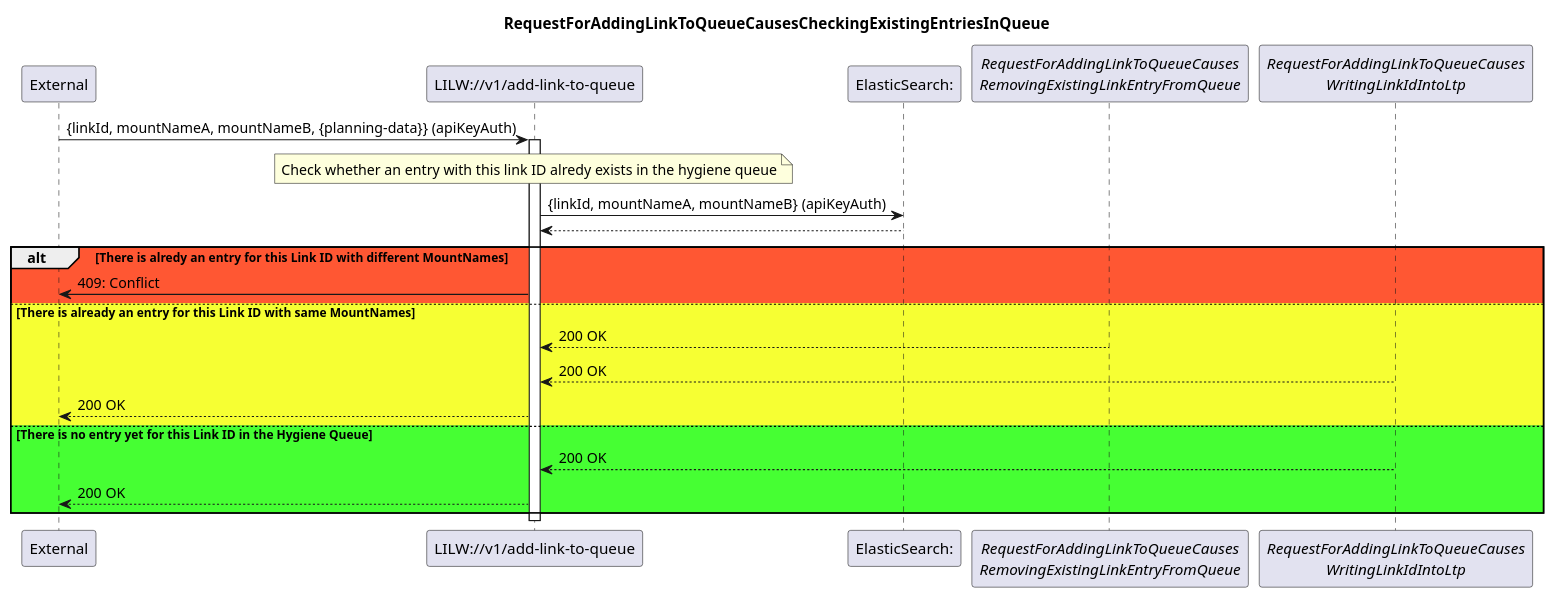
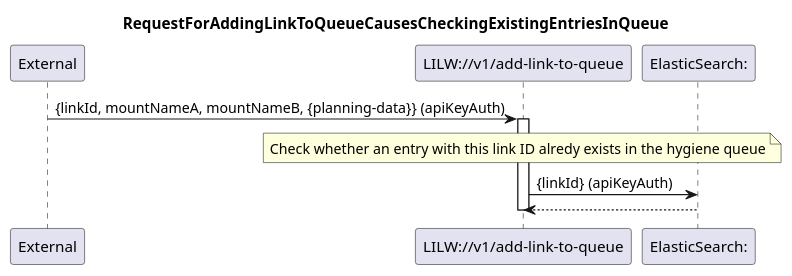
One commit to openBackhaul/LinkIdIntoLtpWriter changed the diagram in spec/Diagrams/AddLinkToQueue/020_CheckingExistingEntriesInQueue.plantuml. Above: the diagram before and after it, drawn with PlantUML. The commit also changed 18 other files, not shown here.

Commit message:
Update and add diagrams

```diff
--- a/spec/Diagrams/AddLinkToQueue/020_CheckingExistingEntriesInQueue.plantuml
+++ b/spec/Diagrams/AddLinkToQueue/020_CheckingExistingEntriesInQueue.plantuml
@@ -1,39 +1,22 @@
 @startuml 020_CheckingExistingEntriesInQueue
 skinparam responseMessageBelowArrow true
 
 title
 RequestForAddingLinkToQueueCausesCheckingExistingEntriesInQueue
 end title
 
 participant "External" as external
 participant "LILW://v1/add-link-to-queue" as lilw_add
 participant "ElasticSearch:" as HQ
-participant "<i>RequestForAddingLinkToQueueCauses\n<i>RemovingExistingLinkEntryFromQueue</i>" as lilw_remove
-participant "<i>RequestForAddingLinkToQueueCauses\n<i>WritingLinkIdIntoLtp</i>" as lilw_write
-
-
+                            
 external -> lilw_add: {linkId, mountNameA, mountNameB, {planning-data}} (apiKeyAuth)
 
 activate lilw_add
 note over lilw_add
     Check whether an entry with this link ID alredy exists in the hygiene queue
 end note
-lilw_add -> HQ: {linkId, mountNameA, mountNameB} (apiKeyAuth)
+lilw_add -> HQ: {linkId} (apiKeyAuth)
 HQ --> lilw_add
-
-
-alt #ff5733 There is alredy an entry for this Link ID with different MountNames 
-    lilw_add -> external: 409: Conflict
-else #f6ff33 There is already an entry for this Link ID with same MountNames 
-    lilw_remove --> lilw_add: 200 OK
-    lilw_write --> lilw_add: 200 OK
-    lilw_add --> external: 200 OK
-else #46ff33 There is no entry yet for this Link ID in the Hygiene Queue
-    lilw_write --> lilw_add: 200 OK
-    lilw_add --> external: 200 OK
-
-end alt
-
 
 deactivate lilw_add
 @enduml
```
